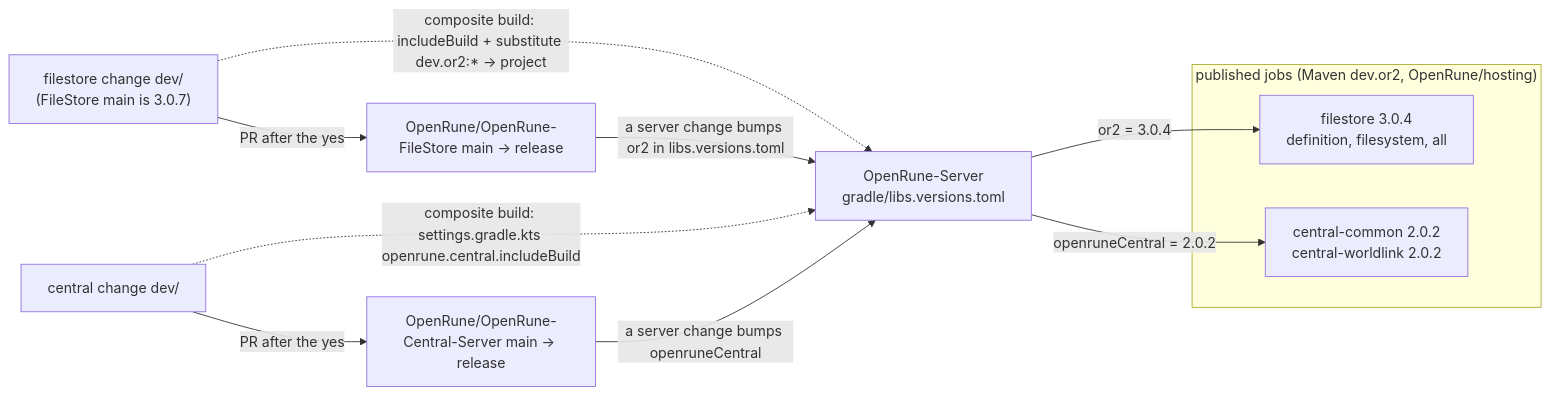
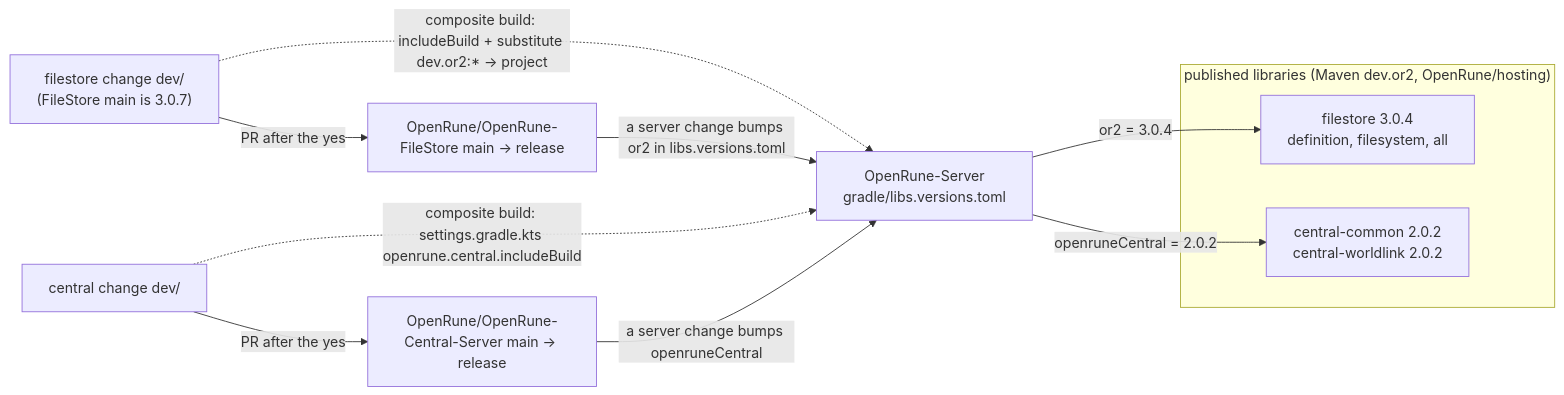
Before and after one commit to AlexPerrin/RuneHarness: the seventh of 8 diagrams in docs/ARCHITECTURE.md, drawn with Mermaid. The commit also changed other lines of this file and 2 other files, not shown here.

Commit message:
docs: ARCHITECTURE proofread in the v9 vocabulary; ship (fast-forward of a live branch) named beside publish; job.kind gains ship; tools-head leftovers removed

````diff
--- a/docs/ARCHITECTURE.md
+++ b/docs/ARCHITECTURE.md
@@ -660,15 +665,15 @@
 ```mermaid
 flowchart LR
-  subgraph libs["published jobs (Maven dev.or2, OpenRune/hosting)"]
+  subgraph libs["published libraries (Maven dev.or2, OpenRune/hosting)"]
     FS["filestore 3.0.4<br/>definition, filesystem, all"]
     CE["central-common 2.0.2<br/>central-worldlink 2.0.2"]
   end
   FORK["OpenRune-Server<br/>gradle/libs.versions.toml"] -->|"or2 = 3.0.4"| FS
   FORK -->|"openruneCentral = 2.0.2"| CE
   FSD["filestore change dev/<slug><br/>(FileStore main is 3.0.7)"] -. "composite build: includeBuild + substitute dev.or2:* → project" .-> FORK
   CED["central change dev/<slug>"] -. "composite build: settings.gradle.kts openrune.central.includeBuild" .-> FORK
   FSD -->|"PR after the yes"| FSU["OpenRune/OpenRune-FileStore main → release"]
   CED -->|"PR after the yes"| CEU["OpenRune/OpenRune-Central-Server main → release"]
   FSU -->|"a server change bumps or2 in libs.versions.toml"| FORK
   CEU -->|"a server change bumps openruneCentral"| FORK
 ```
````
